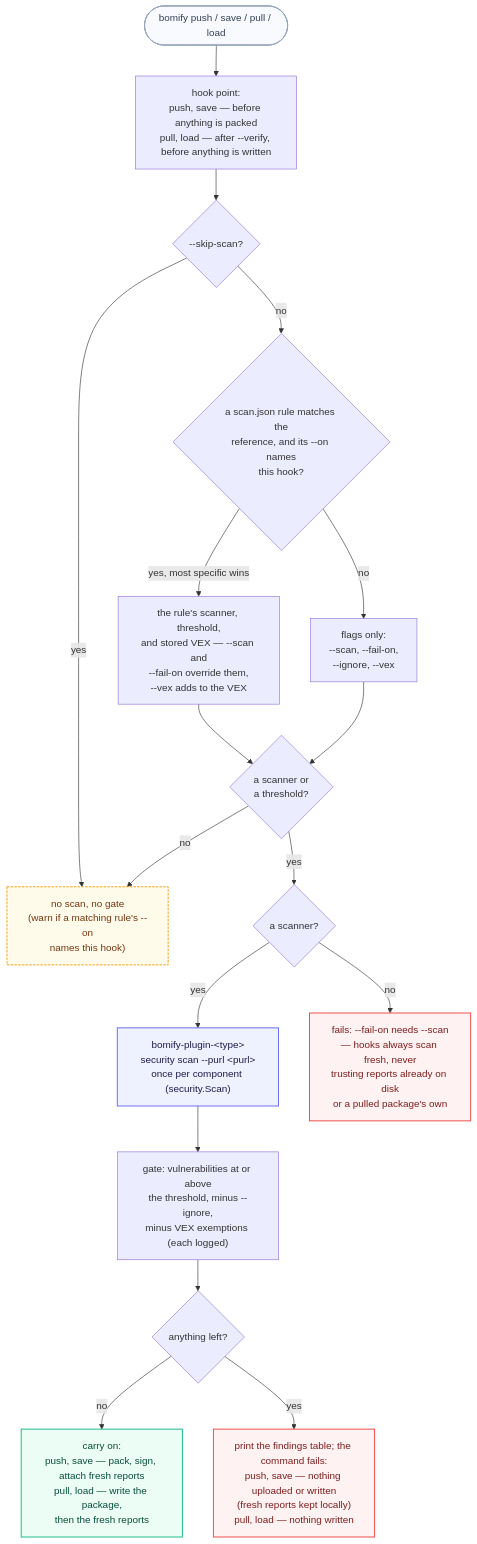
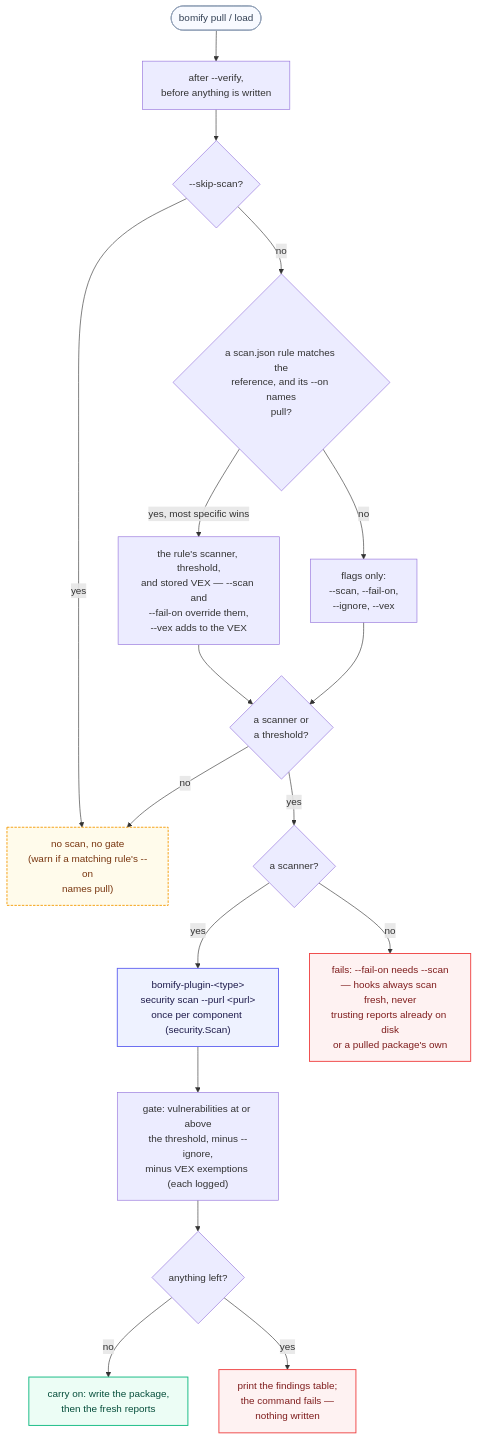
Before and after one commit to alejandro-velasco/bomify: the diagram in docs/diagrams/scanning.mmd, drawn with Mermaid. The commit also changed 15 other files, not shown here.

First line of the commit message:
refactor(security): drop push and save scan hooks

```diff
--- a/docs/diagrams/scanning.mmd
+++ b/docs/diagrams/scanning.mmd
@@ -1,37 +1,37 @@
 flowchart TD
     classDef source fill:#F8FAFF,stroke:#94A3B8,stroke-width:1.5px,color:#334155
     classDef plugin fill:#EEF2FF,stroke:#6366F1,stroke-width:1.5px,color:#1e1b4b
     classDef ok fill:#ECFDF5,stroke:#10B981,stroke-width:1.5px,color:#064e3b
     classDef failed fill:#FEF2F2,stroke:#EF4444,stroke-width:1.5px,color:#7f1d1d
     classDef skipped fill:#FFFBEB,stroke:#F59E0B,stroke-width:1.5px,stroke-dasharray:4 2,color:#78350f
 
-    Start(["bomify push / save / pull / load"]) --> When["hook point:<br/>push, save — before anything is packed<br/>pull, load — after --verify, before anything is written"]
+    Start(["bomify pull / load"]) --> When["after --verify,<br/>before anything is written"]
     When --> Skip{"--skip-scan?"}
 
-    Skip -->|"yes"| NoScan["no scan, no gate<br/>(warn if a matching rule's --on<br/>names this hook)"]
-    Skip -->|"no"| Rule{"a scan.json rule matches the<br/>reference, and its --on names<br/>this hook?"}
+    Skip -->|"yes"| NoScan["no scan, no gate<br/>(warn if a matching rule's --on<br/>names pull)"]
+    Skip -->|"no"| Rule{"a scan.json rule matches the<br/>reference, and its --on names<br/>pull?"}
 
     Rule -->|"yes, most specific wins"| UseRule["the rule's scanner, threshold,<br/>and stored VEX — --scan and<br/>--fail-on override them,<br/>--vex adds to the VEX"]
     Rule -->|"no"| UseFlags["flags only:<br/>--scan, --fail-on,<br/>--ignore, --vex"]
 
     UseRule --> Active{"a scanner or<br/>a threshold?"}
     UseFlags --> Active
 
     Active -->|"no"| NoScan
     Active -->|"yes"| Scanner{"a scanner?"}
 
     Scanner -->|"yes"| PluginScan["bomify-plugin-&lt;type&gt;<br/>security scan --purl &lt;purl&gt;<br/>once per component (security.Scan)"]
     Scanner -->|"no"| NeedScan["fails: --fail-on needs --scan<br/>— hooks always scan fresh, never<br/>trusting reports already on disk<br/>or a pulled package's own"]
 
     PluginScan --> Gate["gate: vulnerabilities at or above<br/>the threshold, minus --ignore,<br/>minus VEX exemptions (each logged)"]
 
     Gate --> Left{"anything left?"}
 
-    Left -->|"no"| Continue["carry on:<br/>push, save — pack, sign, attach fresh reports<br/>pull, load — write the package,<br/>then the fresh reports"]
-    Left -->|"yes"| Failed["print the findings table; the command fails:<br/>push, save — nothing uploaded or written<br/>(fresh reports kept locally)<br/>pull, load — nothing written"]
+    Left -->|"no"| Continue["carry on: write the package,<br/>then the fresh reports"]
+    Left -->|"yes"| Failed["print the findings table;<br/>the command fails —<br/>nothing written"]
 
     class Start source
     class PluginScan plugin
     class Continue ok
     class Failed,NeedScan failed
     class NoScan skipped
```
